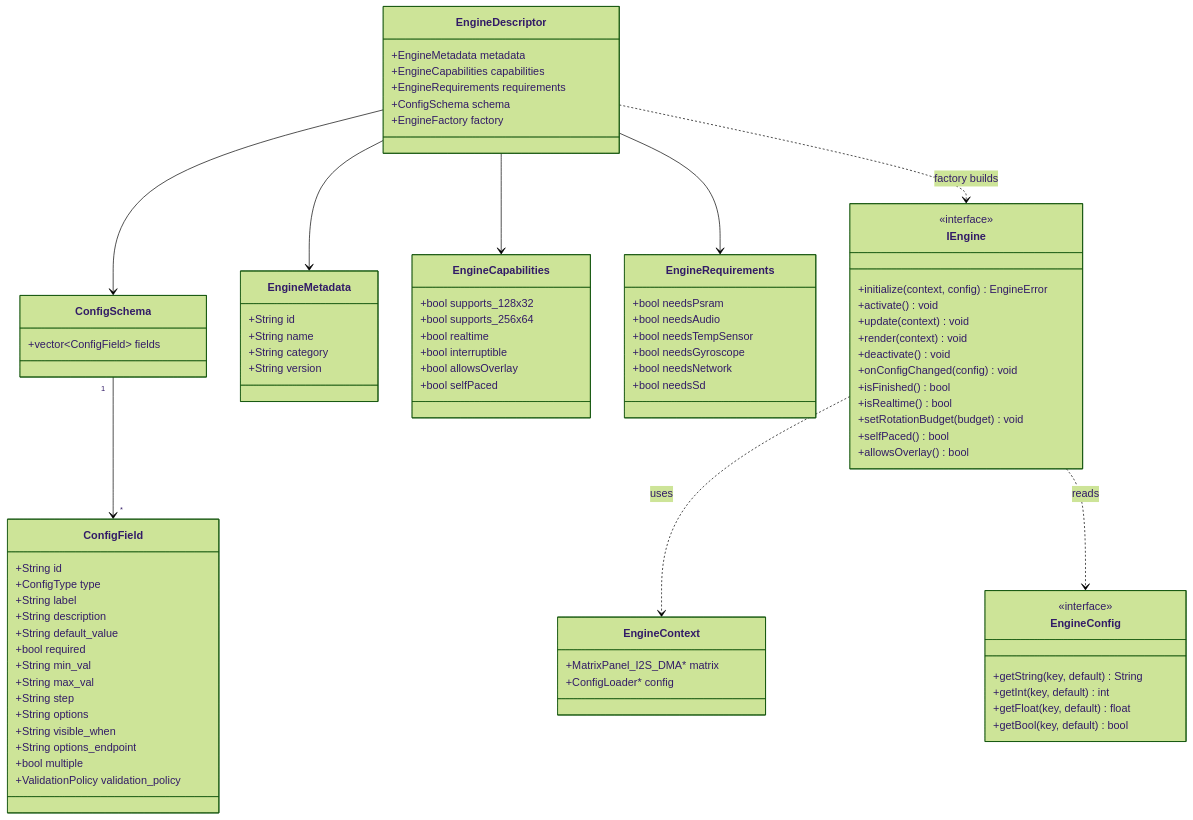
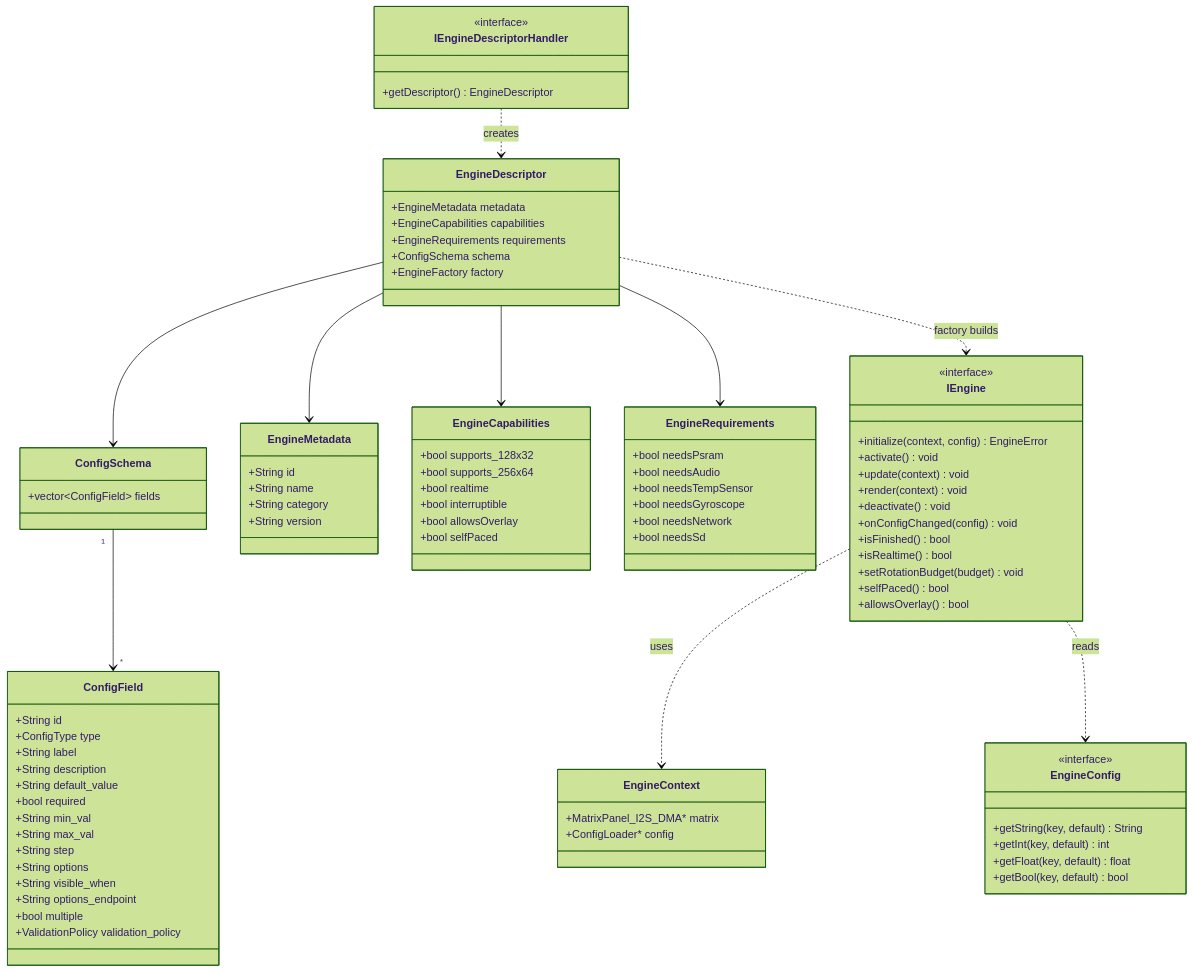
The second of 6 diagrams in docs/ARCHITECTURE.md (red77290/ArcadeMatrix), drawn with Mermaid (forest theme) before and after one commit. The commit also changed other lines of this file and 29 other files, not shown here.

Commit message:
refactor(engines): modularize engine registration with IEngineDescriptorHandler and update docs

```diff
--- a/docs/ARCHITECTURE.md
+++ b/docs/ARCHITECTURE.md
@@ -168,11 +168,17 @@
         +getBool(key, default) bool
     }
 
+    class IEngineDescriptorHandler {
+        <<interface>>
+        +getDescriptor() EngineDescriptor
+    }
+
     EngineDescriptor --> EngineMetadata
     EngineDescriptor --> EngineCapabilities
     EngineDescriptor --> EngineRequirements
     EngineDescriptor --> ConfigSchema
     EngineDescriptor ..> IEngine : factory builds
+    IEngineDescriptorHandler ..> EngineDescriptor : creates
     ConfigSchema "1" --> "*" ConfigField
     IEngine ..> EngineContext : uses
     IEngine ..> EngineConfig : reads
```
